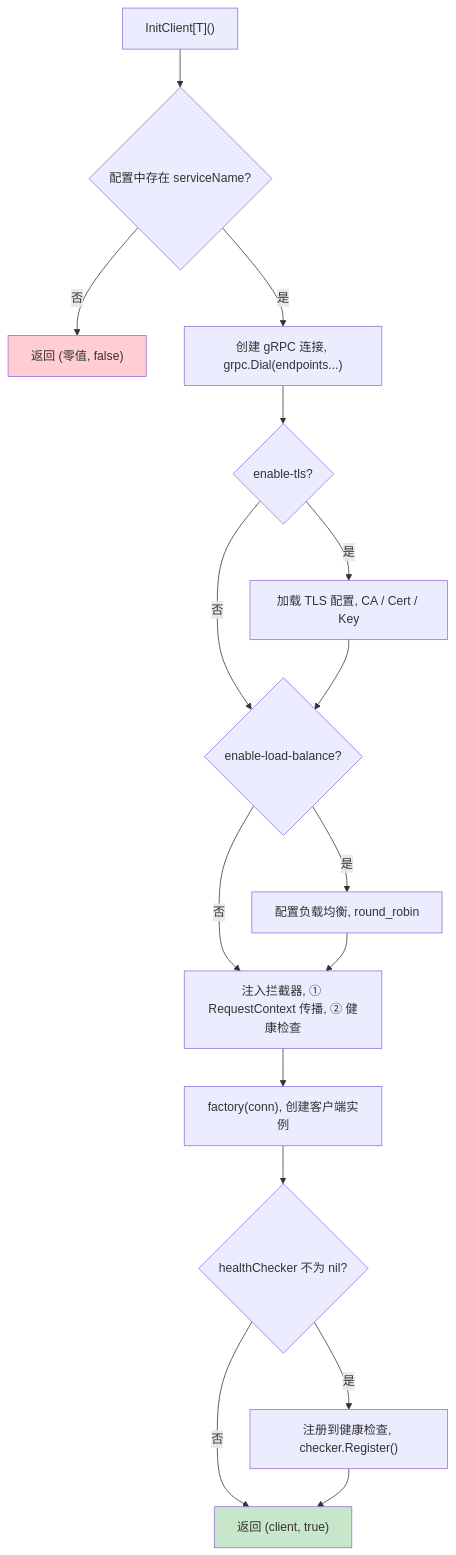
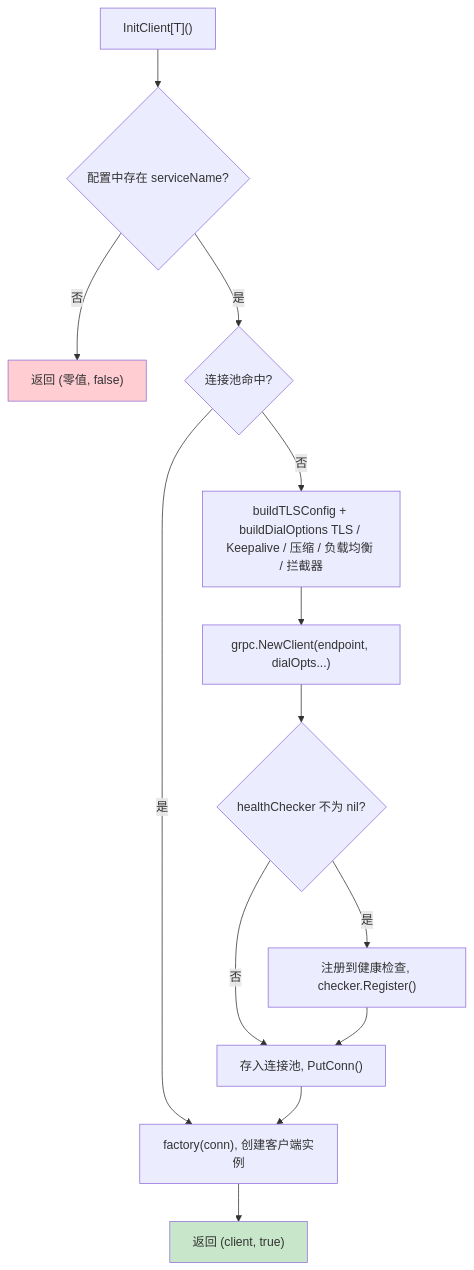
One commit to kamalyes/go-rpc-gateway changed the diagram in docs/GRPC-CLIENT.md. Above: the diagram before and after it, drawn with Mermaid. The commit also changed other lines of this file and 20 other files, not shown here.

````diff
--- a/docs/GRPC-CLIENT.md
+++ b/docs/GRPC-CLIENT.md
@@ -11,24 +11,20 @@
 ```mermaid
 flowchart TD
     CALL["InitClient[T]()"] --> CHECK_CFG{"配置中存在 serviceName?"}
     CHECK_CFG -->|否| FAIL["返回 (零值, false)"]
-    CHECK_CFG -->|是| DIAL["创建 gRPC 连接, grpc.Dial(endpoints...)"]
+    CHECK_CFG -->|是| POOL{"连接池命中?"}
 
-    DIAL --> CHECK_TLS{"enable-tls?"}
-    CHECK_TLS -->|是| TLS["加载 TLS 配置, CA / Cert / Key"]
-    CHECK_TLS -->|否| CHECK_LB
-    TLS --> CHECK_LB{"enable-load-balance?"}
+    POOL -->|是| FACTORY
+    POOL -->|否| BUILD["buildTLSConfig + buildDialOptions TLS / Keepalive / 压缩 / 负载均衡 / 拦截器"]
+    BUILD --> DIAL["grpc.NewClient(endpoint, dialOpts...)"]
 
-    CHECK_LB -->|是| LB["配置负载均衡, round_robin"]
-    CHECK_LB -->|否| INTERCEPTORS
-    LB --> INTERCEPTORS["注入拦截器, ① RequestContext 传播, ② 健康检查"]
-
-    INTERCEPTORS --> FACTORY["factory(conn), 创建客户端实例"]
-    FACTORY --> CHECK_HC{"healthChecker 不为 nil?"}
+    DIAL --> CHECK_HC{"healthChecker 不为 nil?"}
     CHECK_HC -->|是| REGISTER["注册到健康检查, checker.Register()"]
-    CHECK_HC -->|否| SUCCESS
-    REGISTER --> SUCCESS["返回 (client, true)"]
+    CHECK_HC -->|否| CACHE
+    REGISTER --> CACHE["存入连接池, PutConn()"]
+    CACHE --> FACTORY["factory(conn), 创建客户端实例"]
+    FACTORY --> SUCCESS["返回 (client, true)"]
 
     style FAIL fill:#ffcdd2
     style SUCCESS fill:#c8e6c9
 ```
````
